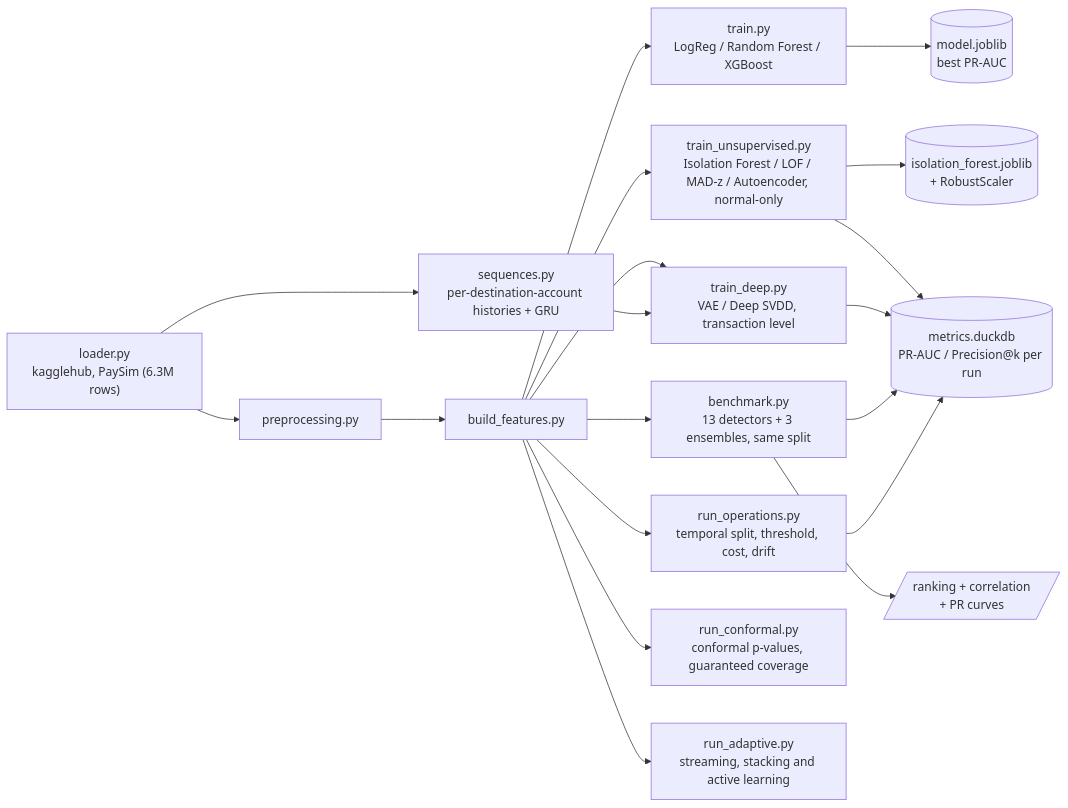
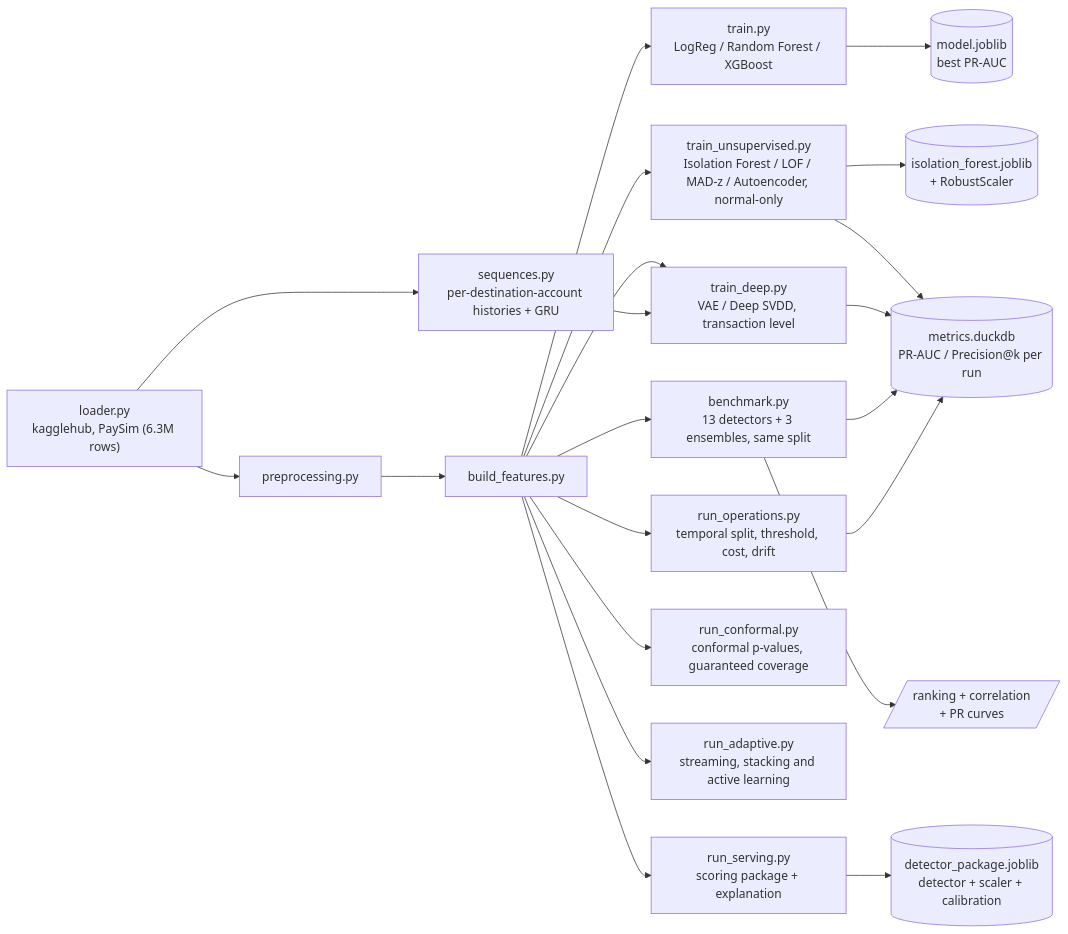
The diagram in README.md (Rxyxs/Proyectos_ML_anomalias), drawn with Mermaid before and after one commit. The commit also changed other lines of this file and 9 other files, not shown here.

````diff
--- a/README.md
+++ b/README.md
@@ -90,21 +94,23 @@
 ```mermaid
 flowchart LR
     A["loader.py<br/>kagglehub, PaySim (6.3M rows)"] --> B[preprocessing.py]
     B --> C[build_features.py]
     C --> D["train.py<br/>LogReg / Random Forest / XGBoost"]
     D --> E[(model.joblib<br/>best PR-AUC)]
     C --> F["train_unsupervised.py<br/>Isolation Forest / LOF / MAD-z / Autoencoder, normal-only"]
     F --> G[(isolation_forest.joblib<br/>+ RobustScaler)]
     F --> H[(metrics.duckdb<br/>PR-AUC / Precision@k per run)]
     C --> I["benchmark.py<br/>13 detectors + 3 ensembles, same split"]
     C --> K["train_deep.py<br/>VAE / Deep SVDD, transaction level"]
     A --> L["sequences.py<br/>per-destination-account histories + GRU"]
     L --> K
     K --> H
     I --> H
     I --> J[/"ranking + correlation<br/>+ PR curves"/]
     C --> M["run_operations.py<br/>temporal split, threshold, cost, drift"]
     M --> H
     C --> N["run_conformal.py<br/>conformal p-values, guaranteed coverage"]
     C --> O["run_adaptive.py<br/>streaming, stacking and active learning"]
+    C --> P["run_serving.py<br/>scoring package + explanation"]
+    P --> Q[(detector_package.joblib<br/>detector + scaler + calibration)]
 ```
````
